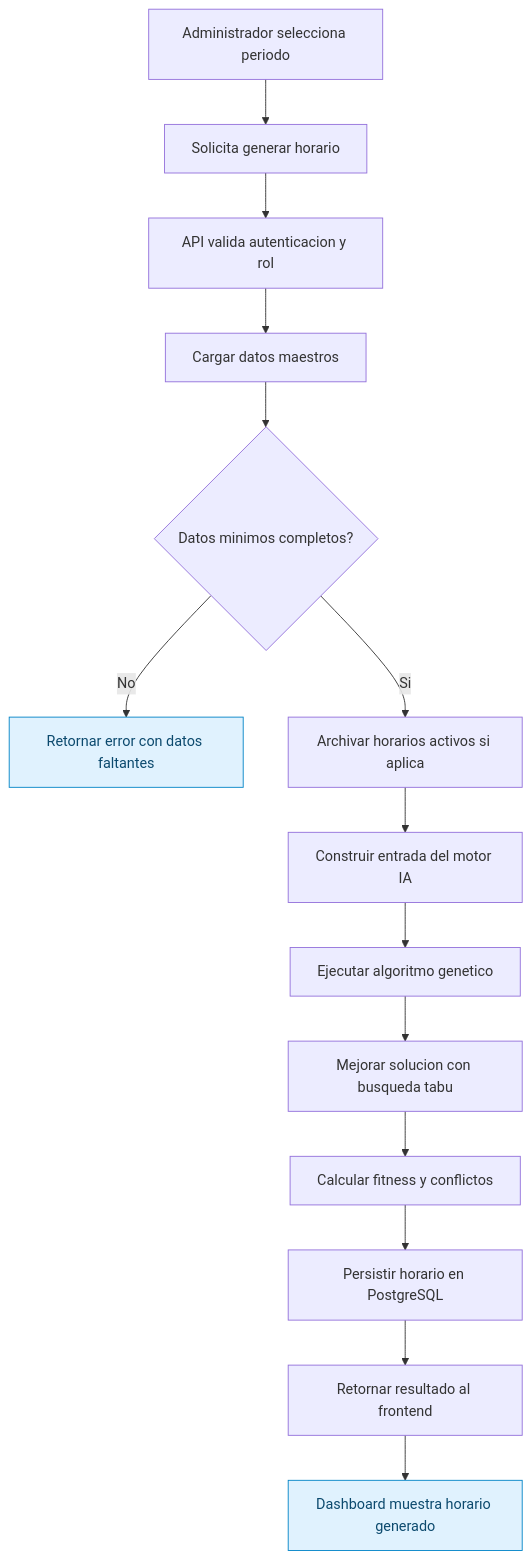
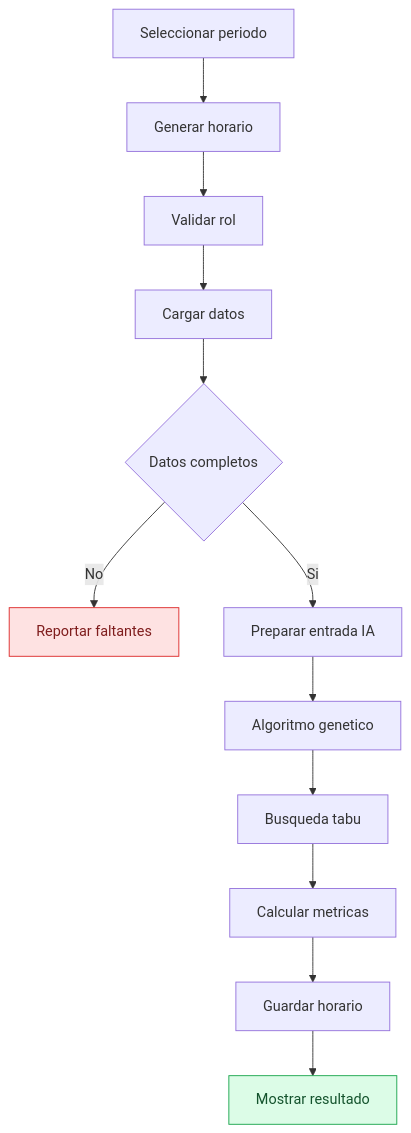
Before and after one commit to Proyecto-grado-ucc/proyectoGrado-server: the diagram in docs/diagramas/06_flujo_generacion_horario.mmd, drawn with Mermaid. The commit also changed 26 other files, not shown here.

Commit message:
docs: improve diagram readability

```diff
--- a/docs/diagramas/06_flujo_generacion_horario.mmd
+++ b/docs/diagramas/06_flujo_generacion_horario.mmd
@@ -1,17 +1,17 @@
 flowchart TD
-  A[Administrador selecciona periodo] --> B[Solicita generar horario]
-  B --> C[API valida autenticacion y rol]
-  C --> D[Cargar datos maestros]
-  D --> E{Datos minimos completos?}
-  E -- No --> F[Retornar error con datos faltantes]
-  E -- Si --> G[Archivar horarios activos si aplica]
-  G --> H[Construir entrada del motor IA]
-  H --> I[Ejecutar algoritmo genetico]
-  I --> J[Mejorar solucion con busqueda tabu]
-  J --> K[Calcular fitness y conflictos]
-  K --> L[Persistir horario en PostgreSQL]
-  L --> M[Retornar resultado al frontend]
-  M --> N[Dashboard muestra horario generado]
+  A["Seleccionar periodo"] --> B["Generar horario"]
+  B --> C["Validar rol"]
+  C --> D["Cargar datos"]
+  D --> E{"Datos completos"}
+  E -- "No" --> F["Reportar faltantes"]
+  E -- "Si" --> G["Preparar entrada IA"]
+  G --> H["Algoritmo genetico"]
+  H --> I["Busqueda tabu"]
+  I --> J["Calcular metricas"]
+  J --> K["Guardar horario"]
+  K --> L["Mostrar resultado"]
 
-  classDef terminal fill:#e0f2fe,stroke:#0284c7,color:#0c4a6e
-  class F,N terminal
+  classDef ok fill:#dcfce7,stroke:#16a34a,color:#14532d
+  classDef warn fill:#fee2e2,stroke:#dc2626,color:#7f1d1d
+  class L ok
+  class F warn
```
